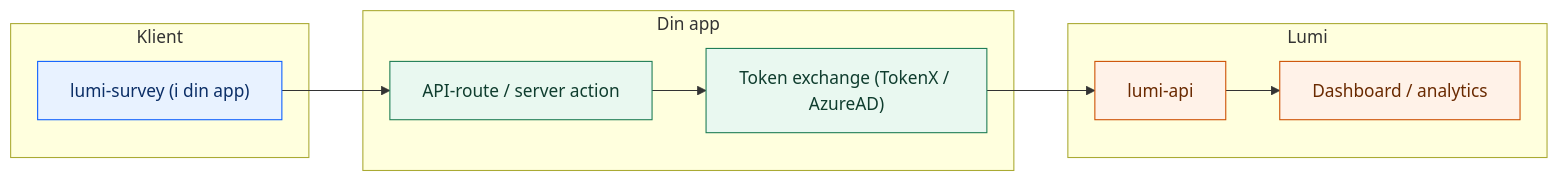
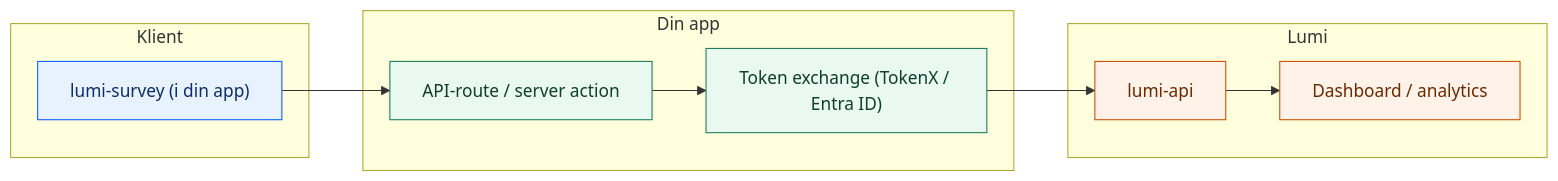
Before and after one commit to navikt/lumi: the diagram in README.md, drawn with Mermaid. The commit also changed other lines of this file and 36 other files, not shown here.

````diff
--- a/README.md
+++ b/README.md
@@ -18,26 +17,26 @@
 ```mermaid
 flowchart LR
 	subgraph Client["Klient"]
 		A["lumi-survey (i din app)"]
 	end
 
 	subgraph App["Din app"]
 		B["API-route / server action"]
-		C["Token exchange (TokenX / AzureAD)"]
+		C["Token exchange (TokenX / Entra ID)"]
 	end
 
 	subgraph Platform["Lumi"]
 		D["lumi-api"]
 		E["Dashboard / analytics"]
 	end
 
 	A --> B --> C --> D --> E
 
 	classDef client fill:#E8F2FF,stroke:#0B5FFF,stroke-width:1px,color:#0B2E66;
 	classDef app fill:#E9F8F0,stroke:#1C7C54,stroke-width:1px,color:#0F3D2E;
 	classDef platform fill:#FFF2E8,stroke:#CC4F00,stroke-width:1px,color:#6A2A00;
 
 	class A client;
 	class B,C app;
 	class D,E platform;
 ```
````
